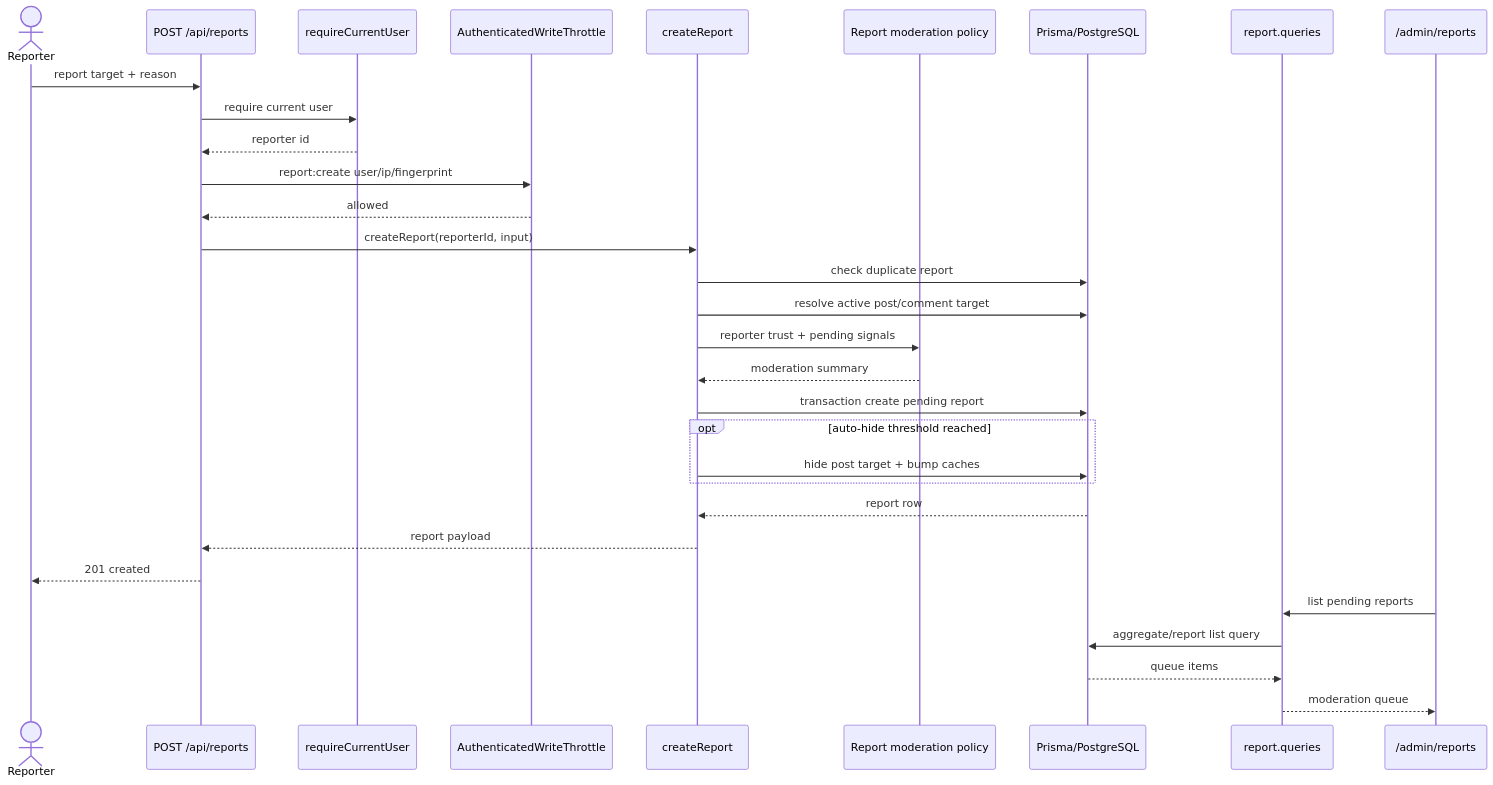
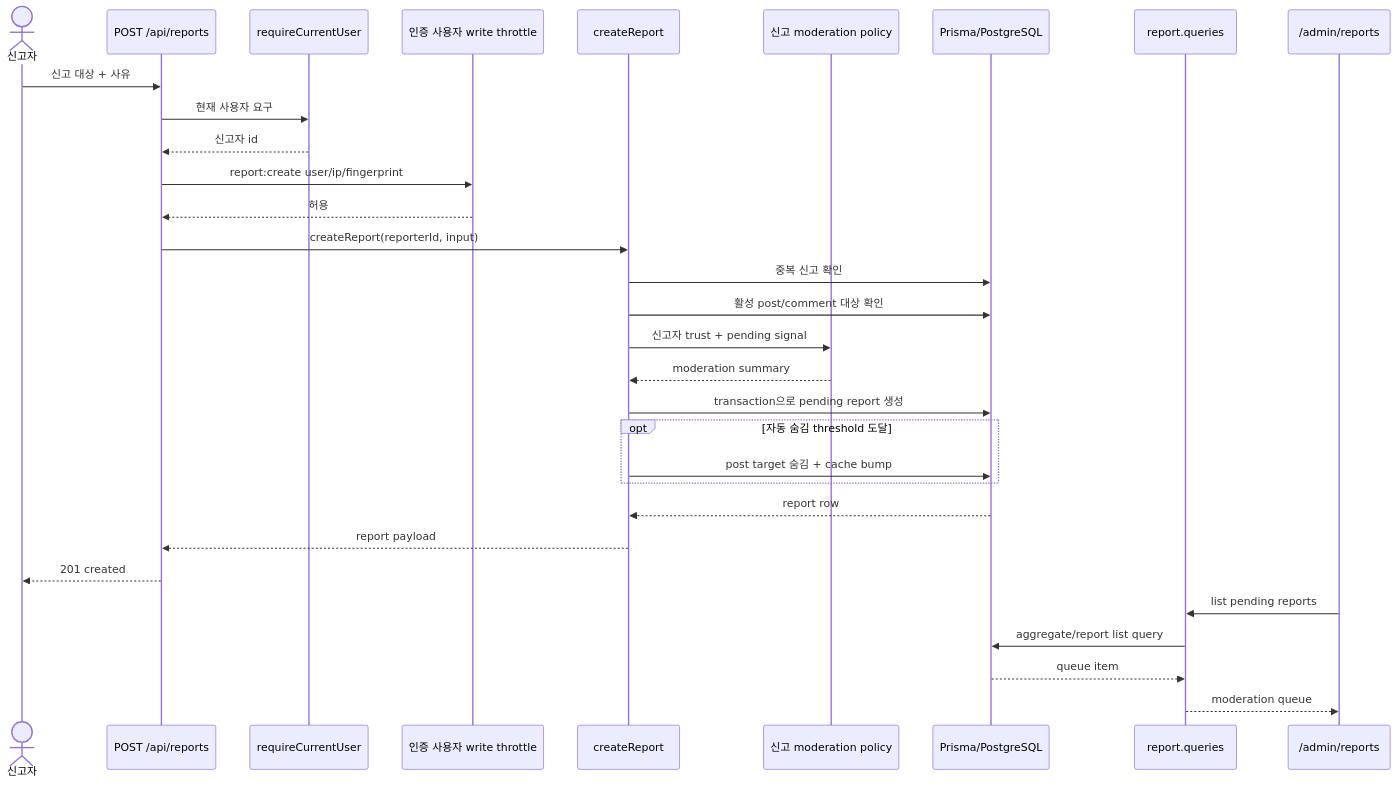
One commit to answndud/townpet changed the second of 4 diagrams in business/reports/backend-sequence-diagrams.md. Above: the diagram before and after it, drawn with Mermaid. The commit also changed other lines of this file and 17 other files, not shown here.

````diff
--- a/business/reports/backend-sequence-diagrams.md
+++ b/business/reports/backend-sequence-diagrams.md
@@ -71,34 +71,34 @@
 ```mermaid
 sequenceDiagram
-  actor Reporter
+  actor 신고자
   participant ReportRoute as POST /api/reports
   participant Auth as requireCurrentUser
-  participant RateLimit as AuthenticatedWriteThrottle
+  participant RateLimit as 인증 사용자 write throttle
   participant ReportService as createReport
-  participant ModerationPolicy as Report moderation policy
+  participant ModerationPolicy as 신고 moderation policy
   participant DB as Prisma/PostgreSQL
   participant AdminQuery as report.queries
   participant AdminUI as /admin/reports
 
-  Reporter->>ReportRoute: report target + reason
-  ReportRoute->>Auth: require current user
-  Auth-->>ReportRoute: reporter id
+  신고자->>ReportRoute: 신고 대상 + 사유
+  ReportRoute->>Auth: 현재 사용자 요구
+  Auth-->>ReportRoute: 신고자 id
   ReportRoute->>RateLimit: report:create user/ip/fingerprint
-  RateLimit-->>ReportRoute: allowed
+  RateLimit-->>ReportRoute: 허용
   ReportRoute->>ReportService: createReport(reporterId, input)
-  ReportService->>DB: check duplicate report
-  ReportService->>DB: resolve active post/comment target
-  ReportService->>ModerationPolicy: reporter trust + pending signals
+  ReportService->>DB: 중복 신고 확인
+  ReportService->>DB: 활성 post/comment 대상 확인
+  ReportService->>ModerationPolicy: 신고자 trust + pending signal
   ModerationPolicy-->>ReportService: moderation summary
-  ReportService->>DB: transaction create pending report
-  opt auto-hide threshold reached
-    ReportService->>DB: hide post target + bump caches
+  ReportService->>DB: transaction으로 pending report 생성
+  opt 자동 숨김 threshold 도달
+    ReportService->>DB: post target 숨김 + cache bump
   end
   DB-->>ReportService: report row
   ReportService-->>ReportRoute: report payload
-  ReportRoute-->>Reporter: 201 created
+  ReportRoute-->>신고자: 201 created
   AdminUI->>AdminQuery: list pending reports
   AdminQuery->>DB: aggregate/report list query
-  DB-->>AdminQuery: queue items
+  DB-->>AdminQuery: queue item
   AdminQuery-->>AdminUI: moderation queue
 ```
````
